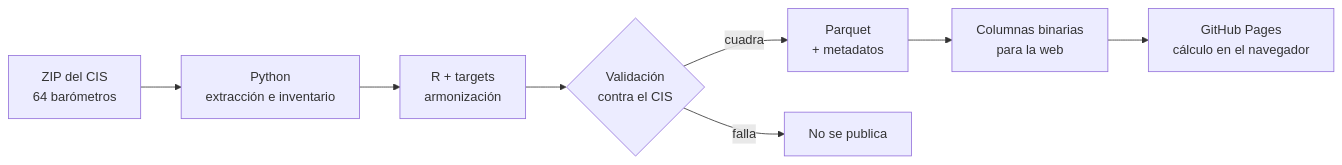
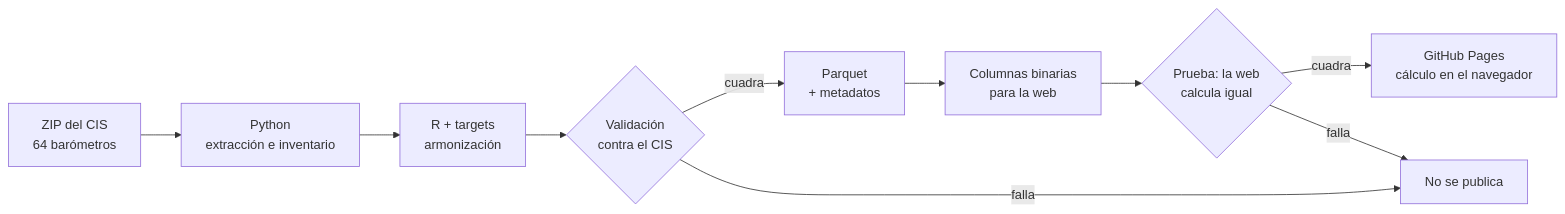
Before and after one commit to gastiaso/barometros: the diagram in README.md, drawn with Mermaid. The commit also changed other lines of this file and 6 other files, not shown here.

````diff
--- a/README.md
+++ b/README.md
@@ -56,10 +58,12 @@
 ```mermaid
 flowchart LR
   A["ZIP del CIS<br/>64 barómetros"] --> B["Python<br/>extracción e inventario"]
   B --> C["R + targets<br/>armonización"]
   C --> D{"Validación<br/>contra el CIS"}
   D -- cuadra --> E["Parquet<br/>+ metadatos"]
   D -- falla --> X["No se publica"]
   E --> F["Columnas binarias<br/>para la web"]
-  F --> G["GitHub Pages<br/>cálculo en el navegador"]
+  F --> T{"Prueba: la web<br/>calcula igual"}
+  T -- cuadra --> G["GitHub Pages<br/>cálculo en el navegador"]
+  T -- falla --> X
 ```
````
